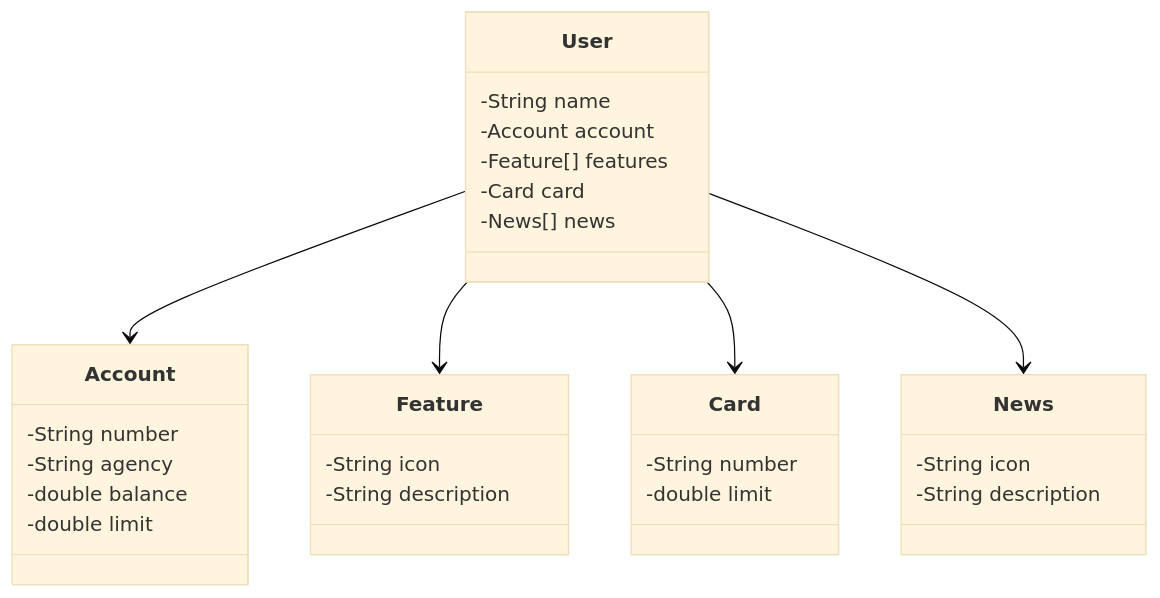
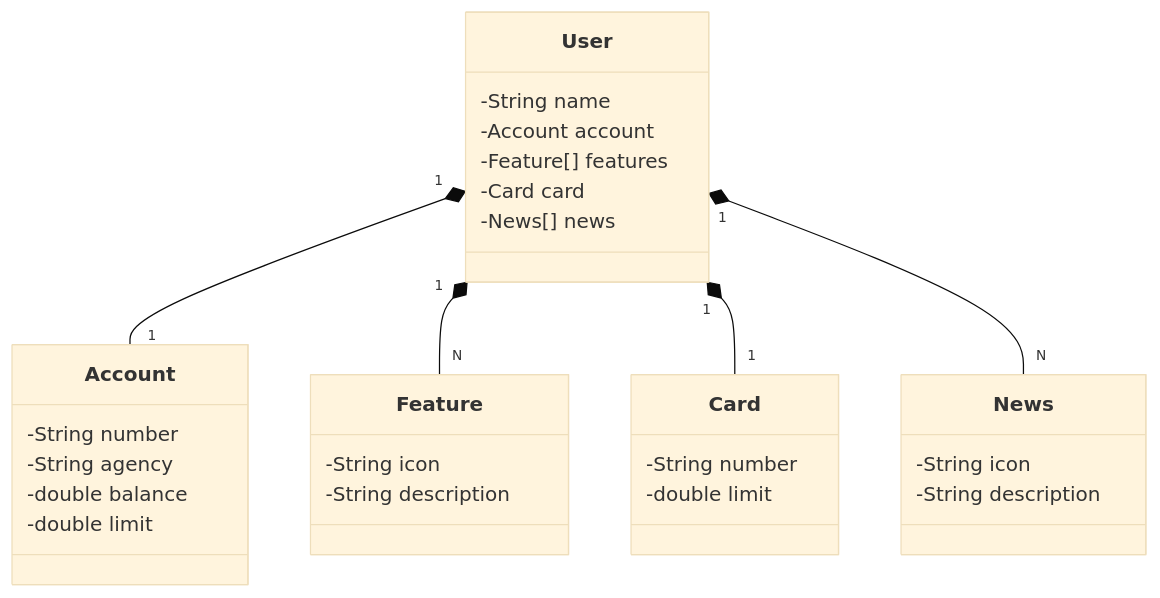
One commit to JanielleOliveira/santander-dev-week-2024 changed the diagram in README.md. Above: the diagram before and after it, drawn with Mermaid (base theme).

Commit message:
README.md

````diff
--- a/README.md
+++ b/README.md
@@ -6,37 +6,37 @@
 ```mermaid
 classDiagram
     class User {
         -String name
         -Account account
         -Feature[] features
         -Card card
         -News[] news
     }
 
     class Account {
         -String number
         -String agency
         -double balance
         -double limit
     }
 
     class Feature {
         -String icon
         -String description
     }
 
     class Card {
         -String number
         -double limit
     }
 
     class News {
         -String icon
         -String description
     }
 
-    User --> Account
-    User --> Feature
-    User --> Card
-    User --> News
+  User "1" *-- "1" Account
+  User "1" *-- "N" Feature
+  User "1" *-- "1" Card
+  User "1" *-- "N" News
 ```
````
